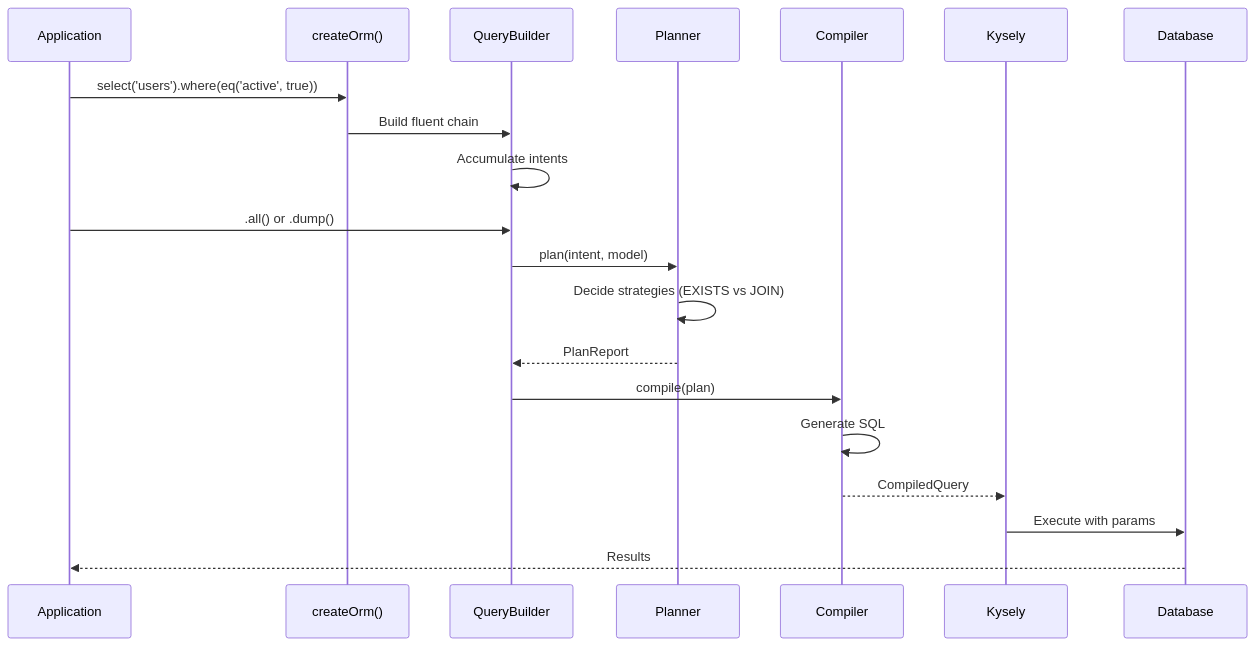
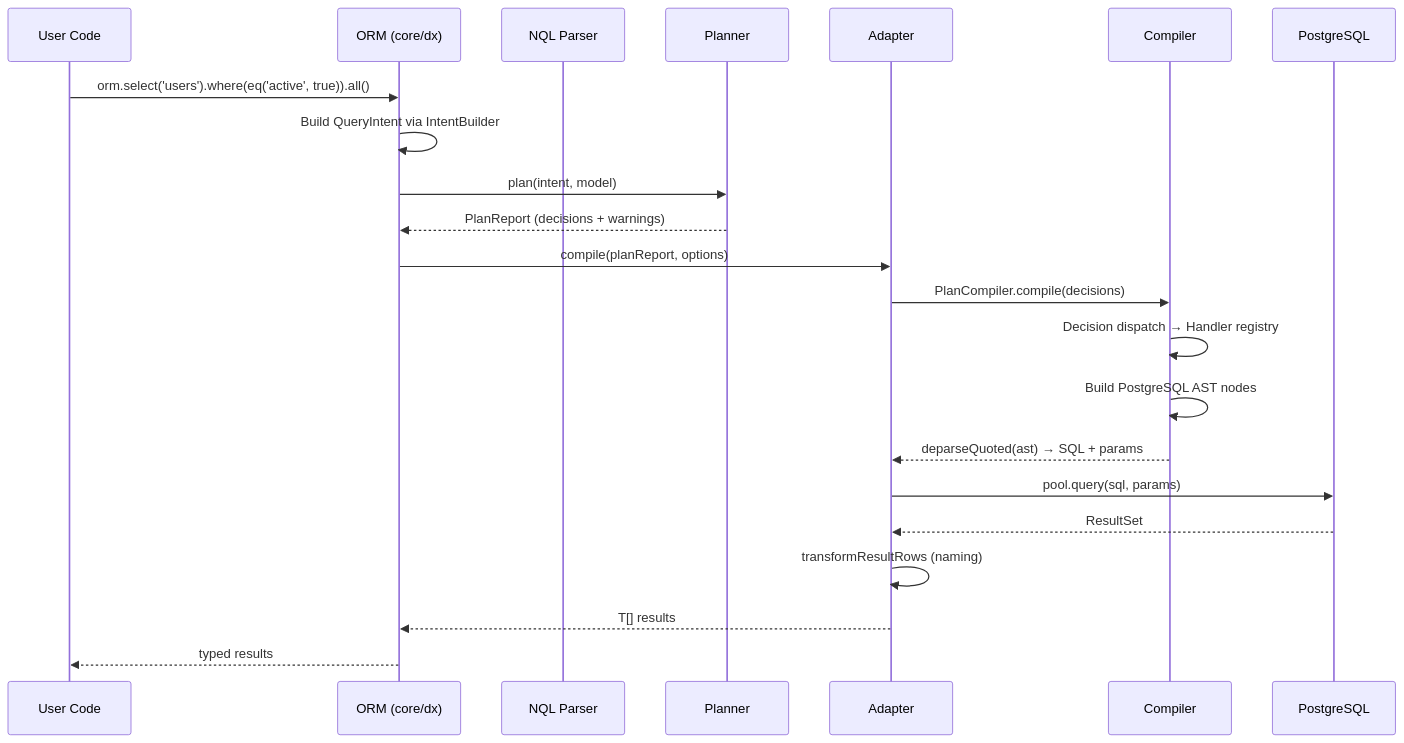
One commit to oorabona/db-semantic-planner changed the fourth of 4 diagrams in docs/audit/ARCHITECTURE.md. Above: the diagram before and after it, drawn with Mermaid. The commit also changed other lines of this file and 13 other files, not shown here.

````diff
--- a/docs/audit/ARCHITECTURE.md
+++ b/docs/audit/ARCHITECTURE.md
@@ -166,23 +127,25 @@
 ```mermaid
 sequenceDiagram
-    participant App as Application
-    participant ORM as createOrm()
-    participant QB as QueryBuilder
+    participant U as User Code
+    participant ORM as ORM (core/dx)
+    participant NQL as NQL Parser
     participant P as Planner
+    participant A as Adapter
     participant C as Compiler
-    participant K as Kysely
-    participant DB as Database
+    participant PG as PostgreSQL
 
-    App->>ORM: select('users').where(eq('active', true))
-    ORM->>QB: Build fluent chain
-    QB->>QB: Accumulate intents
-    App->>QB: .all() or .dump()
-    QB->>P: plan(intent, model)
-    P->>P: Decide strategies (EXISTS vs JOIN)
-    P-->>QB: PlanReport
-    QB->>C: compile(plan)
-    C->>C: Generate SQL
-    C-->>K: CompiledQuery
-    K->>DB: Execute with params
-    DB-->>App: Results
+    U->>ORM: orm.select('users').where(eq('active', true)).all()
+    ORM->>ORM: Build QueryIntent via IntentBuilder
+    ORM->>P: plan(intent, model)
+    P-->>ORM: PlanReport (decisions + warnings)
+    ORM->>A: compile(planReport, options)
+    A->>C: PlanCompiler.compile(decisions)
+    C->>C: Decision dispatch → Handler registry
+    C->>C: Build PostgreSQL AST nodes
+    C-->>A: deparseQuoted(ast) → SQL + params
+    A->>PG: pool.query(sql, params)
+    PG-->>A: ResultSet
+    A->>A: transformResultRows (naming)
+    A-->>ORM: T[] results
+    ORM-->>U: typed results
 ```
````
